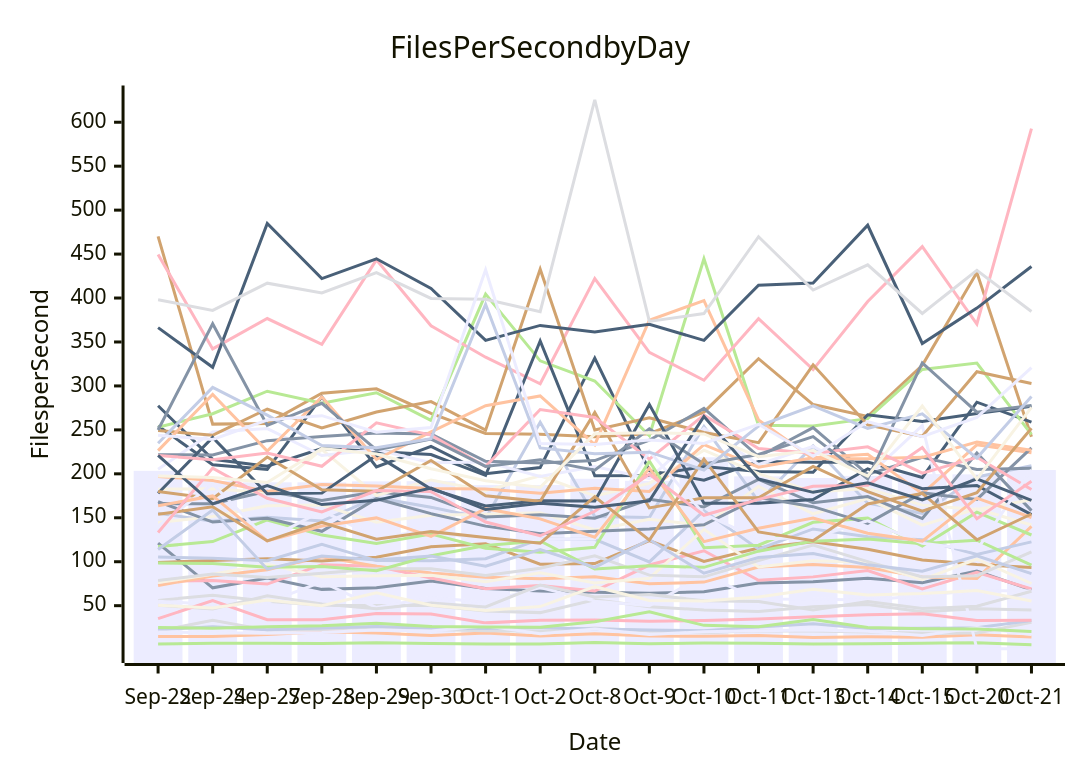
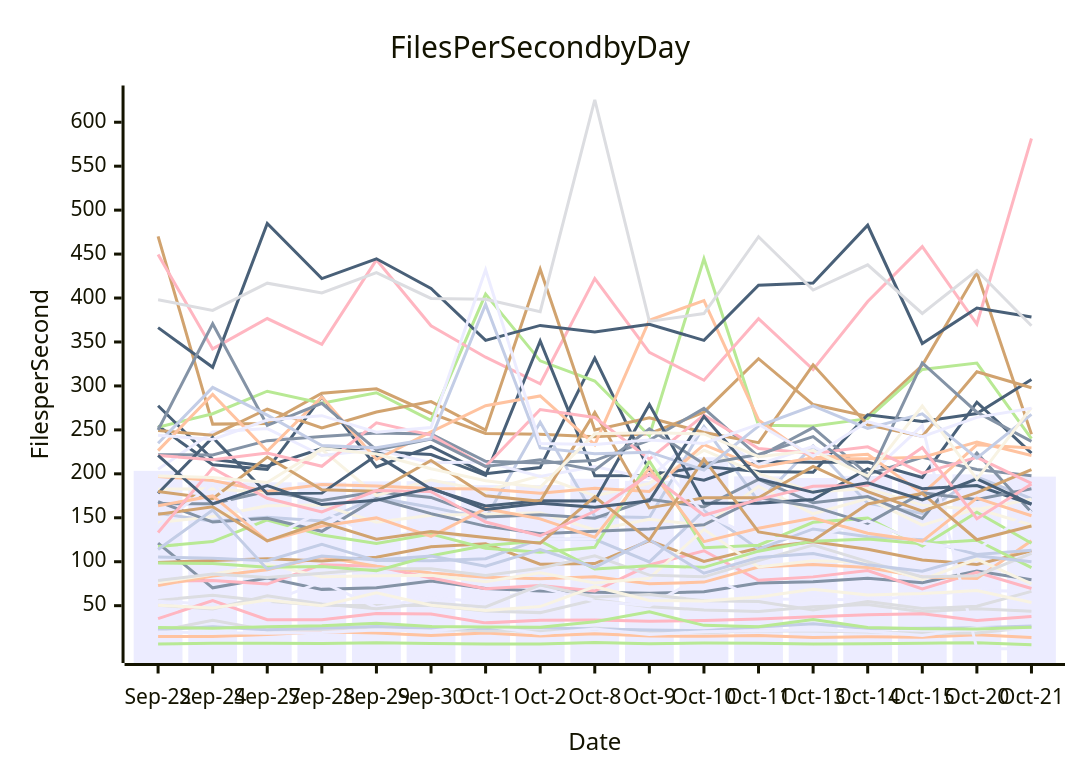
Before and after one commit to streetsidesoftware/cspell: the diagram in perf-report.md, drawn with Mermaid. The commit also changed other lines of this file and 2 other files, not shown here.

````diff
--- a/perf-report.md
+++ b/perf-report.md
@@ -11,57 +11,57 @@
 ```mermaid
 xychart-beta
     title Files Per Second by Day
     y-axis Files per Second
     x-axis Date [Sep-22, Sep-24, Sep-27, Sep-28, Sep-29, Sep-30, Oct-1, Oct-2, Oct-8, Oct-9, Oct-10, Oct-11, Oct-13, Oct-14, Oct-15, Oct-20, Oct-21]
-    bar [203.41, 191.85, 190.34, 190.33, 191.42, 191.65, 187.17, 187.29, 194.39, 192.05, 218.83, 197.10, 195.24, 197.65, 199.65, 199.37, 204.33]
-    line [121.18, 70.33, 81.37, 68.55, 70.46, 78.07, 69.43, 66.84, 65.37, 64.09, 65.74, 75.83, 77.12, 81.28, 76.22, 89.41, 68.02]
-    line [15.06, 15.07, 17.30, 20.40, 18.84, 16.01, 18.80, 15.62, 18.14, 15.49, 15.23, 15.94, 13.89, 14.53, 14.11, 17.05, 14.44]
-    line [56.03, 61.86, 55.07, 50.38, 50.26, 50.11, 43.90, 42.10, 56.81, 48.66, 45.19, 43.33, 48.66, 51.39, 43.09, 46.53, 45.03]
-    line [6.48, 7.18, 7.27, 6.94, 7.83, 6.98, 6.40, 6.43, 8.18, 6.76, 7.44, 7.30, 6.32, 6.65, 7.26, 7.96, 5.44]
-    line [470.19, 256.56, 257.27, 291.74, 296.65, 268.66, 245.94, 244.92, 242.23, 245.65, 270.12, 330.98, 278.79, 265.30, 323.42, 429.01, 242.08]
-    line [155.16, 146.16, 150.57, 146.25, 172.87, 161.95, 149.25, 258.77, 151.43, 150.43, 254.02, 168.57, 231.71, 166.56, 155.07, 196.36, 209.24]
-    line [77.71, 78.68, 74.59, 96.62, 94.86, 81.46, 69.18, 73.06, 66.65, 96.25, 112.51, 78.91, 82.77, 89.92, 69.05, 88.06, 68.99]
-    line [254.54, 210.42, 205.10, 287.53, 207.85, 231.21, 200.22, 207.10, 331.74, 203.63, 192.81, 213.97, 213.28, 213.47, 195.94, 281.48, 258.87]
-    line [144.59, 151.47, 163.76, 164.48, 145.07, 153.00, 154.07, 155.61, 136.07, 148.26, 141.19, 185.69, 154.55, 171.82, 141.67, 160.22, 141.83]
-    line [55.17, 51.26, 53.54, 77.09, 47.84, 59.17, 54.01, 70.63, 55.18, 49.90, 84.72, 57.64, 57.38, 56.41, 61.33, 67.41, 66.67]
-    line [166.11, 165.94, 180.17, 169.69, 179.61, 173.13, 150.88, 153.50, 149.45, 170.98, 162.38, 193.61, 167.04, 174.22, 149.10, 223.58, 158.12]
-    line [72.96, 83.85, 90.86, 105.55, 94.80, 87.05, 82.35, 80.71, 82.95, 74.90, 76.80, 94.05, 96.82, 93.39, 82.69, 80.94, 140.20]
-    line [21.10, 33.29, 22.21, 22.99, 25.81, 22.79, 21.40, 20.78, 24.57, 21.27, 19.07, 21.50, 21.24, 19.97, 18.63, 18.81, 30.99]
-    line [253.01, 268.39, 293.97, 280.40, 292.26, 260.88, 404.51, 328.53, 305.64, 243.36, 444.70, 255.37, 254.42, 262.77, 318.79, 326.00, 244.78]
-    line [99.03, 101.47, 103.27, 100.93, 105.22, 117.10, 120.39, 97.23, 97.90, 123.96, 100.36, 115.55, 122.73, 114.09, 102.09, 96.85, 93.56]
-    line [105.51, 103.82, 101.18, 119.72, 101.30, 101.24, 103.40, 125.70, 125.48, 99.76, 158.05, 114.31, 137.32, 128.51, 125.12, 108.27, 122.57]
-    line [449.44, 342.12, 376.67, 347.31, 443.48, 368.45, 332.70, 302.48, 422.03, 338.21, 306.48, 376.46, 318.53, 395.99, 458.46, 370.45, 592.70]
-    line [277.45, 216.60, 208.75, 228.82, 225.46, 221.92, 198.17, 351.24, 197.76, 198.13, 208.30, 202.68, 201.79, 267.21, 259.65, 268.53, 276.95]
-    line [182.34, 183.11, 178.48, 227.71, 175.37, 193.07, 180.70, 197.68, 174.97, 189.16, 226.87, 200.18, 179.39, 183.41, 164.40, 159.49, 170.50]
+    bar [203.41, 191.85, 190.34, 190.33, 191.42, 191.65, 187.17, 187.29, 194.39, 192.05, 218.83, 197.10, 195.24, 197.65, 199.65, 199.37, 196.79]
+    line [121.18, 70.33, 81.37, 68.55, 70.46, 78.07, 69.43, 66.84, 65.37, 64.09, 65.74, 75.83, 77.12, 81.28, 76.22, 89.41, 79.60]
+    line [15.06, 15.07, 17.30, 20.40, 18.84, 16.01, 18.80, 15.62, 18.14, 15.49, 15.23, 15.94, 13.89, 14.53, 14.11, 17.05, 13.85]
+    line [56.03, 61.86, 55.07, 50.38, 50.26, 50.11, 43.90, 42.10, 56.81, 48.66, 45.19, 43.33, 48.66, 51.39, 43.09, 46.53, 43.54]
+    line [6.48, 7.18, 7.27, 6.94, 7.83, 6.98, 6.40, 6.43, 8.18, 6.76, 7.44, 7.30, 6.32, 6.65, 7.26, 7.96, 5.55]
+    line [470.19, 256.56, 257.27, 291.74, 296.65, 268.66, 245.94, 244.92, 242.23, 245.65, 270.12, 330.98, 278.79, 265.30, 323.42, 429.01, 245.01]
+    line [155.16, 146.16, 150.57, 146.25, 172.87, 161.95, 149.25, 258.77, 151.43, 150.43, 254.02, 168.57, 231.71, 166.56, 155.07, 196.36, 171.90]
+    line [77.71, 78.68, 74.59, 96.62, 94.86, 81.46, 69.18, 73.06, 66.65, 96.25, 112.51, 78.91, 82.77, 89.92, 69.05, 88.06, 69.61]
+    line [254.54, 210.42, 205.10, 287.53, 207.85, 231.21, 200.22, 207.10, 331.74, 203.63, 192.81, 213.97, 213.28, 213.47, 195.94, 281.48, 223.48]
+    line [144.59, 151.47, 163.76, 164.48, 145.07, 153.00, 154.07, 155.61, 136.07, 148.26, 141.19, 185.69, 154.55, 171.82, 141.67, 160.22, 141.81]
+    line [55.17, 51.26, 53.54, 77.09, 47.84, 59.17, 54.01, 70.63, 55.18, 49.90, 84.72, 57.64, 57.38, 56.41, 61.33, 67.41, 66.13]
+    line [166.11, 165.94, 180.17, 169.69, 179.61, 173.13, 150.88, 153.50, 149.45, 170.98, 162.38, 193.61, 167.04, 174.22, 149.10, 223.58, 156.27]
+    line [72.96, 83.85, 90.86, 105.55, 94.80, 87.05, 82.35, 80.71, 82.95, 74.90, 76.80, 94.05, 96.82, 93.39, 82.69, 80.94, 123.93]
+    line [21.10, 33.29, 22.21, 22.99, 25.81, 22.79, 21.40, 20.78, 24.57, 21.27, 19.07, 21.50, 21.24, 19.97, 18.63, 18.81, 25.32]
+    line [253.01, 268.39, 293.97, 280.40, 292.26, 260.88, 404.51, 328.53, 305.64, 243.36, 444.70, 255.37, 254.42, 262.77, 318.79, 326.00, 239.93]
+    line [99.03, 101.47, 103.27, 100.93, 105.22, 117.10, 120.39, 97.23, 97.90, 123.96, 100.36, 115.55, 122.73, 114.09, 102.09, 96.85, 112.31]
+    line [105.51, 103.82, 101.18, 119.72, 101.30, 101.24, 103.40, 125.70, 125.48, 99.76, 158.05, 114.31, 137.32, 128.51, 125.12, 108.27, 113.06]
+    line [449.44, 342.12, 376.67, 347.31, 443.48, 368.45, 332.70, 302.48, 422.03, 338.21, 306.48, 376.46, 318.53, 395.99, 458.46, 370.45, 581.53]
+    line [277.45, 216.60, 208.75, 228.82, 225.46, 221.92, 198.17, 351.24, 197.76, 198.13, 208.30, 202.68, 201.79, 267.21, 259.65, 268.53, 307.28]
+    line [182.34, 183.11, 178.48, 227.71, 175.37, 193.07, 180.70, 197.68, 174.97, 189.16, 226.87, 200.18, 179.39, 183.41, 164.40, 159.49, 171.10]
     line [205.09, 247.61, 251.50, 220.80, 227.59, 212.73, 213.55, 197.04, 208.25, 194.51, 251.63, 210.60, 231.31, 197.08, 254.89, 1.00, 1.00]
-    line [221.75, 221.55, 237.73, 242.39, 246.40, 245.33, 214.25, 212.38, 215.08, 238.25, 274.47, 219.66, 252.51, 199.34, 218.85, 204.99, 206.26]
-    line [196.97, 192.51, 179.82, 187.80, 186.23, 183.20, 182.62, 177.99, 183.70, 179.89, 233.14, 207.50, 218.41, 222.25, 177.43, 233.06, 224.04]
-    line [50.42, 46.36, 61.34, 51.99, 46.51, 53.11, 48.59, 73.40, 59.94, 62.62, 55.56, 54.77, 45.21, 54.60, 46.67, 49.27, 66.36]
-    line [117.29, 122.97, 147.55, 130.31, 120.84, 131.56, 115.38, 110.82, 116.53, 214.42, 116.00, 118.77, 144.83, 149.59, 117.74, 156.35, 130.40]
-    line [249.23, 243.91, 273.74, 252.33, 270.33, 282.14, 249.68, 432.83, 249.77, 263.65, 247.10, 235.41, 323.97, 255.64, 242.67, 316.16, 302.78]
-    line [22.79, 25.90, 22.55, 24.52, 26.32, 24.36, 24.04, 25.09, 23.35, 22.45, 21.51, 25.71, 29.42, 23.92, 24.25, 24.95, 33.23]
-    line [35.26, 55.80, 33.99, 34.03, 41.23, 40.49, 30.44, 33.53, 33.57, 32.29, 33.27, 34.79, 37.33, 39.68, 40.77, 33.11, 33.39]
-    line [177.91, 241.32, 177.39, 178.05, 221.01, 182.74, 163.48, 169.32, 168.97, 278.92, 166.54, 166.53, 170.79, 205.75, 183.07, 186.73, 153.55]
-    line [76.31, 85.79, 97.01, 82.92, 84.16, 84.72, 77.34, 87.34, 75.86, 81.29, 136.91, 94.03, 101.02, 99.02, 79.59, 103.01, 75.23]
-    line [20.13, 19.16, 18.74, 19.48, 22.38, 21.10, 27.10, 18.00, 23.58, 17.31, 20.37, 21.44, 22.38, 20.97, 16.04, 25.16, 17.18]
-    line [168.42, 145.10, 149.37, 134.63, 171.73, 154.69, 140.49, 131.94, 134.65, 137.28, 142.04, 172.94, 162.65, 143.57, 178.30, 170.91, 229.62]
-    line [226.40, 290.41, 225.84, 287.60, 216.33, 247.70, 277.53, 288.63, 233.16, 374.71, 397.16, 261.34, 217.24, 217.08, 218.73, 236.08, 226.81]
-    line [78.73, 86.02, 82.17, 86.87, 92.07, 92.00, 84.24, 92.67, 106.68, 84.76, 82.82, 101.29, 118.90, 100.19, 82.72, 84.05, 111.14]
-    line [98.57, 98.01, 93.82, 94.62, 89.71, 106.79, 118.50, 123.61, 91.76, 95.32, 93.61, 112.00, 123.43, 125.94, 120.60, 124.47, 96.15]
-    line [179.83, 171.82, 219.08, 181.95, 180.26, 215.27, 175.03, 168.70, 269.72, 161.18, 172.81, 172.65, 208.47, 179.72, 157.56, 178.54, 251.78]
-    line [113.84, 158.94, 91.50, 106.48, 102.03, 106.46, 94.98, 113.77, 93.63, 125.18, 87.00, 104.77, 109.42, 96.45, 89.22, 106.77, 86.45]
-    line [220.97, 216.09, 223.67, 208.59, 258.02, 244.00, 208.42, 273.15, 264.14, 216.71, 266.75, 228.80, 223.08, 230.72, 200.81, 218.77, 182.10]
-    line [366.33, 321.23, 484.87, 422.08, 444.64, 410.96, 351.78, 368.84, 361.47, 370.09, 351.86, 414.54, 417.07, 482.80, 348.28, 388.55, 435.90]
-    line [50.54, 47.43, 56.40, 49.96, 64.67, 50.46, 44.40, 48.96, 71.61, 56.00, 55.29, 59.99, 68.80, 62.02, 63.75, 67.15, 55.31]
-    line [140.55, 188.49, 125.20, 157.87, 127.91, 135.21, 124.24, 125.20, 125.79, 225.70, 154.24, 126.07, 127.29, 146.49, 121.12, 113.50, 204.47]
-    line [249.81, 370.77, 255.08, 280.21, 227.10, 239.56, 208.40, 216.14, 204.22, 251.15, 211.26, 222.05, 242.35, 194.13, 326.19, 270.15, 277.81]
-    line [163.66, 174.86, 123.76, 140.60, 149.87, 128.75, 160.37, 148.80, 127.97, 206.50, 122.84, 138.06, 149.67, 132.46, 123.48, 172.40, 150.28]
-    line [398.12, 385.90, 416.89, 405.74, 428.96, 399.50, 398.65, 384.43, 625.58, 373.38, 382.28, 469.75, 409.07, 437.77, 382.49, 431.43, 384.72]
-    line [25.29, 24.28, 26.03, 27.14, 29.89, 26.22, 25.83, 25.33, 31.76, 42.94, 27.61, 25.97, 34.21, 25.09, 23.71, 23.43, 20.53]
-    line [154.00, 162.49, 123.69, 144.71, 125.72, 134.25, 127.46, 121.17, 173.95, 124.58, 216.72, 133.97, 123.87, 165.74, 177.89, 125.02, 154.30]
-    line [234.84, 298.34, 266.72, 232.18, 229.70, 240.06, 392.72, 229.48, 222.78, 224.66, 204.36, 254.42, 277.26, 251.58, 268.24, 217.93, 287.93]
-    line [133.29, 206.55, 172.23, 156.59, 180.95, 179.76, 145.22, 129.53, 157.39, 199.58, 152.82, 170.97, 185.75, 186.96, 229.89, 148.98, 191.65]
-    line [220.86, 165.88, 186.63, 165.05, 169.83, 183.91, 159.55, 166.58, 162.12, 169.35, 265.31, 194.05, 178.95, 189.91, 170.29, 194.31, 169.89]
-    line [197.54, 195.96, 190.07, 228.82, 222.46, 205.73, 192.21, 184.58, 245.51, 246.82, 245.36, 219.50, 226.50, 197.43, 277.21, 193.99, 275.64]
-    line [243.96, 239.11, 261.23, 266.19, 247.38, 252.69, 432.16, 234.56, 233.40, 238.56, 234.64, 256.33, 219.99, 259.48, 242.38, 264.24, 320.91]
+    line [221.75, 221.55, 237.73, 242.39, 246.40, 245.33, 214.25, 212.38, 215.08, 238.25, 274.47, 219.66, 252.51, 199.34, 218.85, 204.99, 197.92]
+    line [196.97, 192.51, 179.82, 187.80, 186.23, 183.20, 182.62, 177.99, 183.70, 179.89, 233.14, 207.50, 218.41, 222.25, 177.43, 233.06, 229.37]
+    line [50.42, 46.36, 61.34, 51.99, 46.51, 53.11, 48.59, 73.40, 59.94, 62.62, 55.56, 54.77, 45.21, 54.60, 46.67, 49.27, 66.25]
+    line [117.29, 122.97, 147.55, 130.31, 120.84, 131.56, 115.38, 110.82, 116.53, 214.42, 116.00, 118.77, 144.83, 149.59, 117.74, 156.35, 121.08]
+    line [249.23, 243.91, 273.74, 252.33, 270.33, 282.14, 249.68, 432.83, 249.77, 263.65, 247.10, 235.41, 323.97, 255.64, 242.67, 316.16, 297.94]
+    line [22.79, 25.90, 22.55, 24.52, 26.32, 24.36, 24.04, 25.09, 23.35, 22.45, 21.51, 25.71, 29.42, 23.92, 24.25, 24.95, 26.96]
+    line [35.26, 55.80, 33.99, 34.03, 41.23, 40.49, 30.44, 33.53, 33.57, 32.29, 33.27, 34.79, 37.33, 39.68, 40.77, 33.11, 37.81]
+    line [177.91, 241.32, 177.39, 178.05, 221.01, 182.74, 163.48, 169.32, 168.97, 278.92, 166.54, 166.53, 170.79, 205.75, 183.07, 186.73, 165.39]
+    line [76.31, 85.79, 97.01, 82.92, 84.16, 84.72, 77.34, 87.34, 75.86, 81.29, 136.91, 94.03, 101.02, 99.02, 79.59, 103.01, 74.73]
+    line [20.13, 19.16, 18.74, 19.48, 22.38, 21.10, 27.10, 18.00, 23.58, 17.31, 20.37, 21.44, 22.38, 20.97, 16.04, 25.16, 22.03]
+    line [168.42, 145.10, 149.37, 134.63, 171.73, 154.69, 140.49, 131.94, 134.65, 137.28, 142.04, 172.94, 162.65, 143.57, 178.30, 170.91, 182.97]
+    line [226.40, 290.41, 225.84, 287.60, 216.33, 247.70, 277.53, 288.63, 233.16, 374.71, 397.16, 261.34, 217.24, 217.08, 218.73, 236.08, 220.88]
+    line [78.73, 86.02, 82.17, 86.87, 92.07, 92.00, 84.24, 92.67, 106.68, 84.76, 82.82, 101.29, 118.90, 100.19, 82.72, 84.05, 109.59]
+    line [98.57, 98.01, 93.82, 94.62, 89.71, 106.79, 118.50, 123.61, 91.76, 95.32, 93.61, 112.00, 123.43, 125.94, 120.60, 124.47, 93.34]
+    line [179.83, 171.82, 219.08, 181.95, 180.26, 215.27, 175.03, 168.70, 269.72, 161.18, 172.81, 172.65, 208.47, 179.72, 157.56, 178.54, 204.92]
+    line [113.84, 158.94, 91.50, 106.48, 102.03, 106.46, 94.98, 113.77, 93.63, 125.18, 87.00, 104.77, 109.42, 96.45, 89.22, 106.77, 99.95]
+    line [220.97, 216.09, 223.67, 208.59, 258.02, 244.00, 208.42, 273.15, 264.14, 216.71, 266.75, 228.80, 223.08, 230.72, 200.81, 218.77, 189.13]
+    line [366.33, 321.23, 484.87, 422.08, 444.64, 410.96, 351.78, 368.84, 361.47, 370.09, 351.86, 414.54, 417.07, 482.80, 348.28, 388.55, 378.31]
+    line [50.54, 47.43, 56.40, 49.96, 64.67, 50.46, 44.40, 48.96, 71.61, 56.00, 55.29, 59.99, 68.80, 62.02, 63.75, 67.15, 53.54]
+    line [140.55, 188.49, 125.20, 157.87, 127.91, 135.21, 124.24, 125.20, 125.79, 225.70, 154.24, 126.07, 127.29, 146.49, 121.12, 113.50, 158.05]
+    line [249.81, 370.77, 255.08, 280.21, 227.10, 239.56, 208.40, 216.14, 204.22, 251.15, 211.26, 222.05, 242.35, 194.13, 326.19, 270.15, 236.87]
+    line [163.66, 174.86, 123.76, 140.60, 149.87, 128.75, 160.37, 148.80, 127.97, 206.50, 122.84, 138.06, 149.67, 132.46, 123.48, 172.40, 152.34]
+    line [398.12, 385.90, 416.89, 405.74, 428.96, 399.50, 398.65, 384.43, 625.58, 373.38, 382.28, 469.75, 409.07, 437.77, 382.49, 431.43, 368.45]
+    line [25.29, 24.28, 26.03, 27.14, 29.89, 26.22, 25.83, 25.33, 31.76, 42.94, 27.61, 25.97, 34.21, 25.09, 23.71, 23.43, 25.33]
+    line [154.00, 162.49, 123.69, 144.71, 125.72, 134.25, 127.46, 121.17, 173.95, 124.58, 216.72, 133.97, 123.87, 165.74, 177.89, 125.02, 140.68]
+    line [234.84, 298.34, 266.72, 232.18, 229.70, 240.06, 392.72, 229.48, 222.78, 224.66, 204.36, 254.42, 277.26, 251.58, 268.24, 217.93, 267.67]
+    line [133.29, 206.55, 172.23, 156.59, 180.95, 179.76, 145.22, 129.53, 157.39, 199.58, 152.82, 170.97, 185.75, 186.96, 229.89, 148.98, 188.53]
+    line [220.86, 165.88, 186.63, 165.05, 169.83, 183.91, 159.55, 166.58, 162.12, 169.35, 265.31, 194.05, 178.95, 189.91, 170.29, 194.31, 165.66]
+    line [197.54, 195.96, 190.07, 228.82, 222.46, 205.73, 192.21, 184.58, 245.51, 246.82, 245.36, 219.50, 226.50, 197.43, 277.21, 193.99, 275.35]
+    line [243.96, 239.11, 261.23, 266.19, 247.38, 252.69, 432.16, 234.56, 233.40, 238.56, 234.64, 256.33, 219.99, 259.48, 242.38, 264.24, 274.64]
 ```
````
